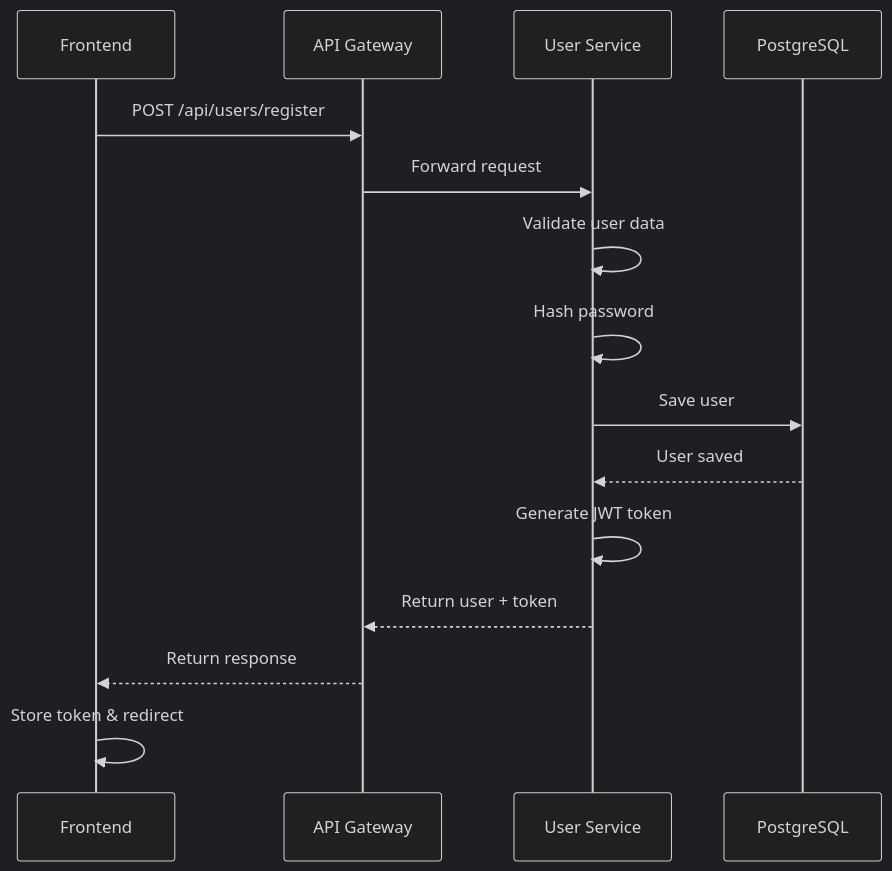
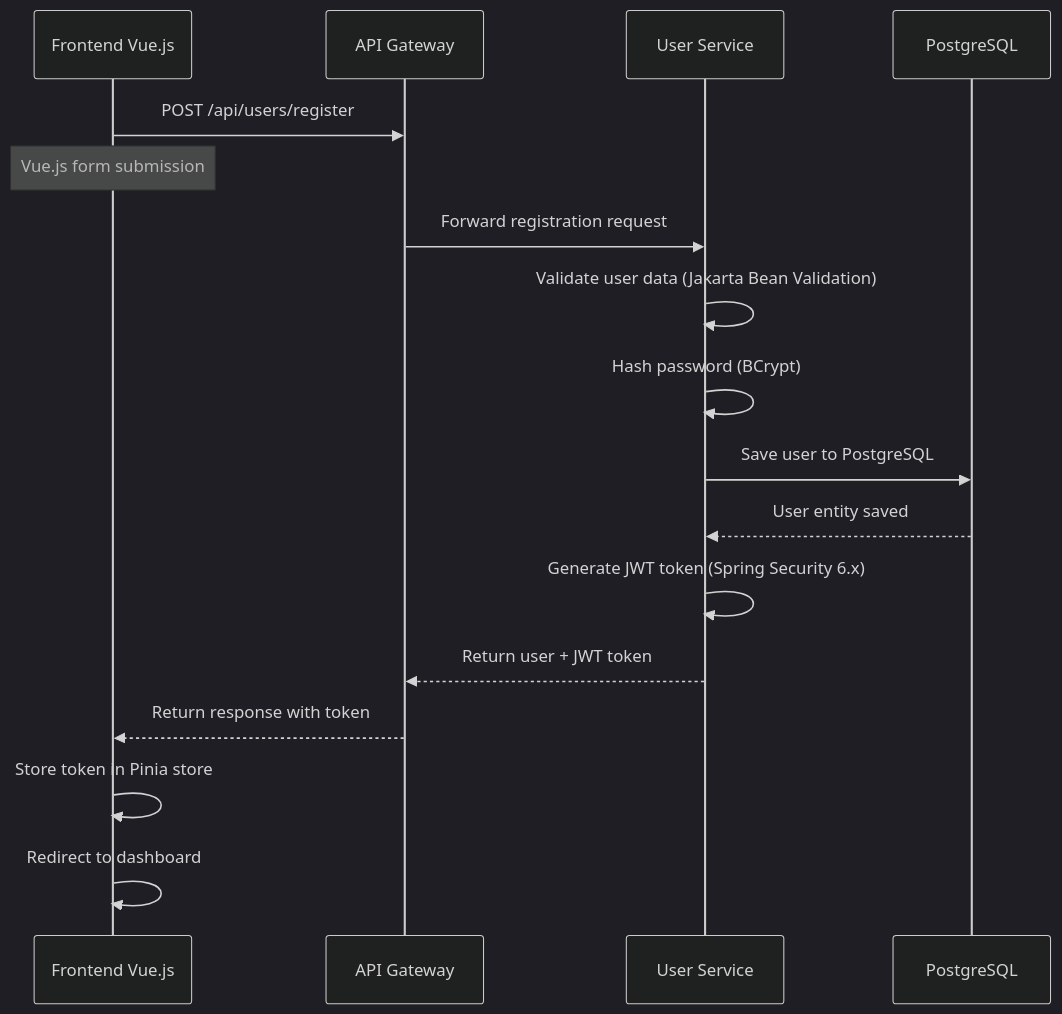
One commit to ahnguyentran98/study-microservice changed the second of 6 diagrams in SERVICES_FLOW.md. Above: the diagram before and after it, drawn with Mermaid (dark theme). The commit also changed other lines of this file and 3 other files, not shown here.

````diff
--- a/SERVICES_FLOW.md
+++ b/SERVICES_FLOW.md
@@ -147,18 +260,20 @@
 ```mermaid
 sequenceDiagram
-    participant F as Frontend
+    participant F as Frontend Vue.js
     participant G as API Gateway
     participant U as User Service
     participant DB as PostgreSQL
     
     F->>G: POST /api/users/register
-    G->>U: Forward request
-    U->>U: Validate user data
-    U->>U: Hash password
-    U->>DB: Save user
-    DB-->>U: User saved
-    U->>U: Generate JWT token
-    U-->>G: Return user + token
-    G-->>F: Return response
-    F->>F: Store token & redirect
+    Note over F: Vue.js form submission
+    G->>U: Forward registration request
+    U->>U: Validate user data (Jakarta Bean Validation)
+    U->>U: Hash password (BCrypt)
+    U->>DB: Save user to PostgreSQL
+    DB-->>U: User entity saved
+    U->>U: Generate JWT token (Spring Security 6.x)
+    U-->>G: Return user + JWT token
+    G-->>F: Return response with token
+    F->>F: Store token in Pinia store
+    F->>F: Redirect to dashboard
 ```
````
